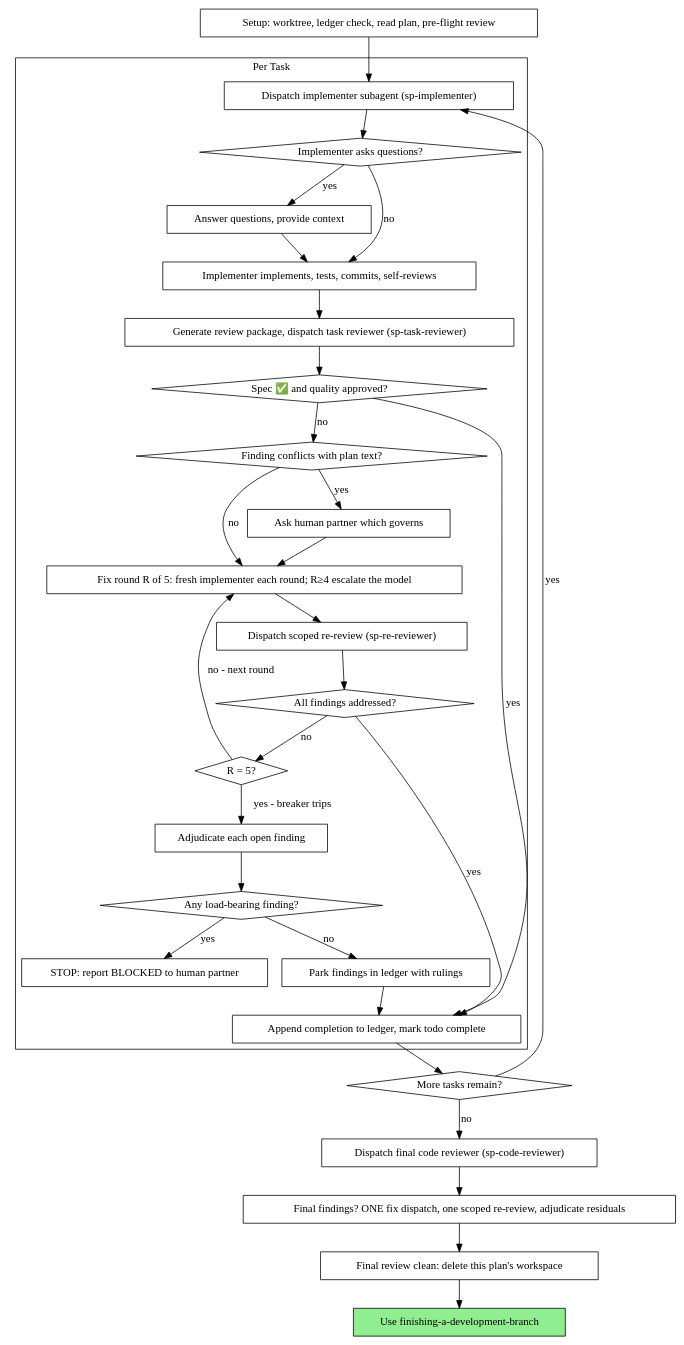
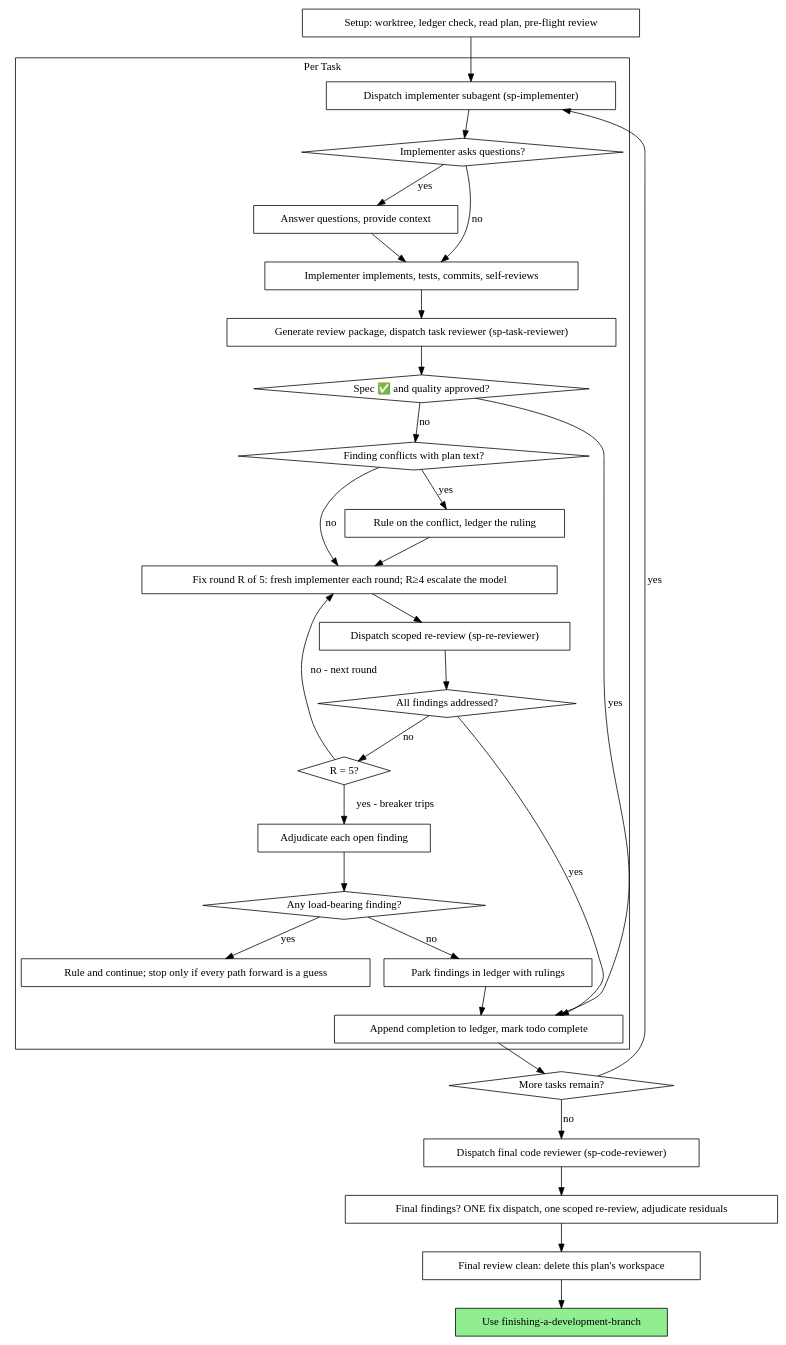
One commit to acaprino/alfio-claude-plugins changed the second of 2 diagrams in exports/vscode/_pipelines/.github/skills/subagent-driven-development/SKILL.md. Above: the diagram before and after it, drawn with Graphviz. The commit also changed other lines of this file and 43 other files, not shown here.

````diff
--- a/exports/vscode/_pipelines/.github/skills/subagent-driven-development/SKILL.md
+++ b/exports/vscode/_pipelines/.github/skills/subagent-driven-development/SKILL.md
@@ -61,62 +75,62 @@
 ```dot
 digraph process {
     rankdir=TB;
 
     subgraph cluster_per_task {
         label="Per Task";
         "Dispatch implementer subagent (sp-implementer)" [shape=box];
         "Implementer asks questions?" [shape=diamond];
         "Answer questions, provide context" [shape=box];
         "Implementer implements, tests, commits, self-reviews" [shape=box];
         "Generate review package, dispatch task reviewer (sp-task-reviewer)" [shape=box];
         "Spec ✅ and quality approved?" [shape=diamond];
         "Finding conflicts with plan text?" [shape=diamond];
-        "Ask human partner which governs" [shape=box];
+        "Rule on the conflict, ledger the ruling" [shape=box];
         "Fix round R of 5: fresh implementer each round; R≥4 escalate the model" [shape=box];
         "Dispatch scoped re-review (sp-re-reviewer)" [shape=box];
         "All findings addressed?" [shape=diamond];
         "R = 5?" [shape=diamond];
         "Adjudicate each open finding" [shape=box];
         "Any load-bearing finding?" [shape=diamond];
-        "STOP: report BLOCKED to human partner" [shape=box];
+        "Rule and continue; stop only if every path forward is a guess" [shape=box];
         "Park findings in ledger with rulings" [shape=box];
         "Append completion to ledger, mark todo complete" [shape=box];
     }
 
     "Setup: worktree, ledger check, read plan, pre-flight review" [shape=box];
     "More tasks remain?" [shape=diamond];
     "Dispatch final code reviewer (sp-code-reviewer)" [shape=box];
     "Final findings? ONE fix dispatch, one scoped re-review, adjudicate residuals" [shape=box];
     "Final review clean: delete this plan's workspace" [shape=box];
     "Use finishing-a-development-branch" [shape=box style=filled fillcolor=lightgreen];
 
     "Setup: worktree, ledger check, read plan, pre-flight review" -> "Dispatch implementer subagent (sp-implementer)";
     "Dispatch implementer subagent (sp-implementer)" -> "Implementer asks questions?";
     "Implementer asks questions?" -> "Answer questions, provide context" [label="yes"];
     "Answer questions, provide context" -> "Implementer implements, tests, commits, self-reviews";
     "Implementer asks questions?" -> "Implementer implements, tests, commits, self-reviews" [label="no"];
     "Implementer implements, tests, commits, self-reviews" -> "Generate review package, dispatch task reviewer (sp-task-reviewer)";
     "Generate review package, dispatch task reviewer (sp-task-reviewer)" -> "Spec ✅ and quality approved?";
     "Spec ✅ and quality approved?" -> "Append completion to ledger, mark todo complete" [label="yes"];
     "Spec ✅ and quality approved?" -> "Finding conflicts with plan text?" [label="no"];
-    "Finding conflicts with plan text?" -> "Ask human partner which governs" [label="yes"];
-    "Ask human partner which governs" -> "Fix round R of 5: fresh implementer each round; R≥4 escalate the model";
+    "Finding conflicts with plan text?" -> "Rule on the conflict, ledger the ruling" [label="yes"];
+    "Rule on the conflict, ledger the ruling" -> "Fix round R of 5: fresh implementer each round; R≥4 escalate the model";
     "Finding conflicts with plan text?" -> "Fix round R of 5: fresh implementer each round; R≥4 escalate the model" [label="no"];
     "Fix round R of 5: fresh implementer each round; R≥4 escalate the model" -> "Dispatch scoped re-review (sp-re-reviewer)";
     "Dispatch scoped re-review (sp-re-reviewer)" -> "All findings addressed?";
     "All findings addressed?" -> "Append completion to ledger, mark todo complete" [label="yes"];
     "All findings addressed?" -> "R = 5?" [label="no"];
     "R = 5?" -> "Fix round R of 5: fresh implementer each round; R≥4 escalate the model" [label="no - next round"];
     "R = 5?" -> "Adjudicate each open finding" [label="yes - breaker trips"];
     "Adjudicate each open finding" -> "Any load-bearing finding?";
-    "Any load-bearing finding?" -> "STOP: report BLOCKED to human partner" [label="yes"];
+    "Any load-bearing finding?" -> "Rule and continue; stop only if every path forward is a guess" [label="yes"];
     "Any load-bearing finding?" -> "Park findings in ledger with rulings" [label="no"];
     "Park findings in ledger with rulings" -> "Append completion to ledger, mark todo complete";
     "Append completion to ledger, mark todo complete" -> "More tasks remain?";
     "More tasks remain?" -> "Dispatch implementer subagent (sp-implementer)" [label="yes"];
     "More tasks remain?" -> "Dispatch final code reviewer (sp-code-reviewer)" [label="no"];
     "Dispatch final code reviewer (sp-code-reviewer)" -> "Final findings? ONE fix dispatch, one scoped re-review, adjudicate residuals";
     "Final findings? ONE fix dispatch, one scoped re-review, adjudicate residuals" -> "Final review clean: delete this plan's workspace";
     "Final review clean: delete this plan's workspace" -> "Use finishing-a-development-branch";
 }
 ```
````
